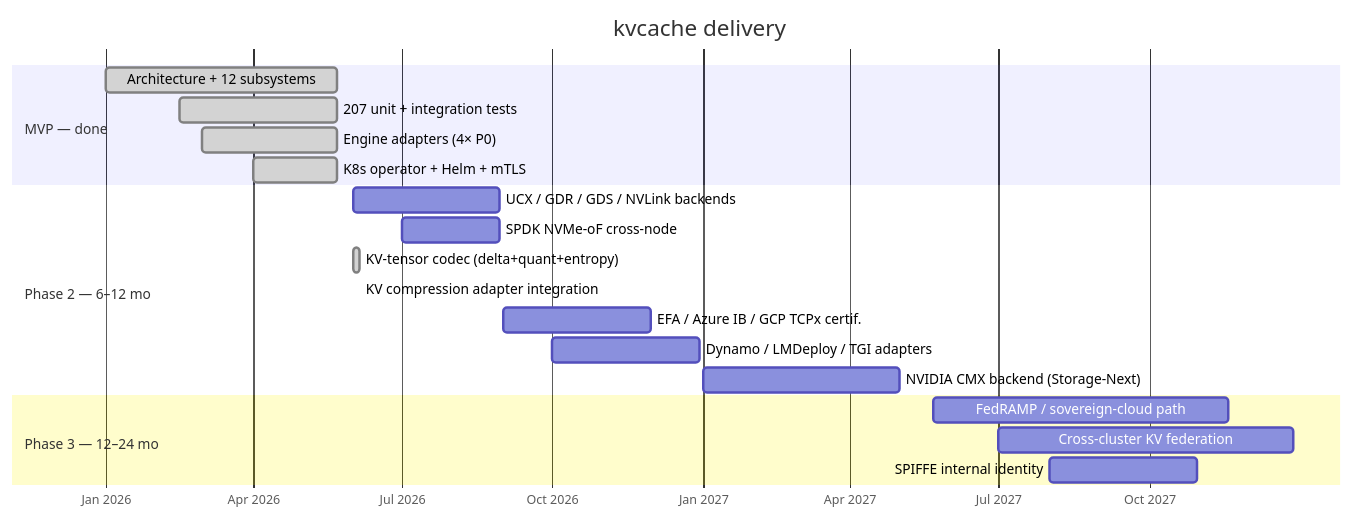
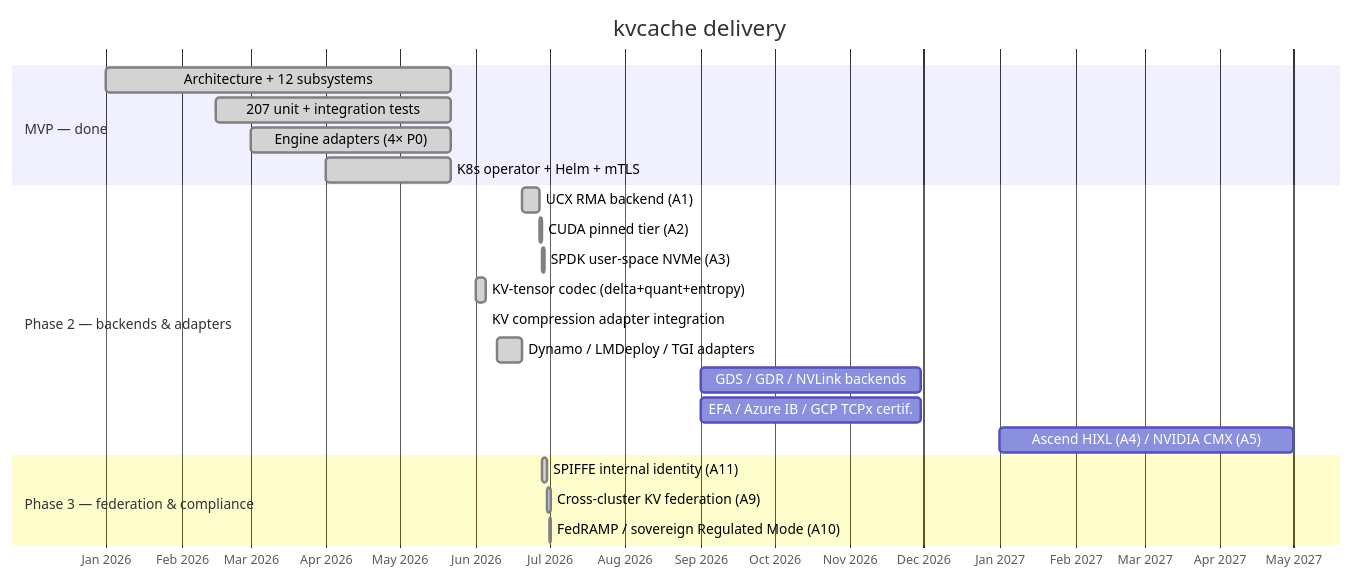
Before and after one commit to Stephen-Pu/agent-state-storage: the second of 2 diagrams in README.md, drawn with Mermaid. The commit also changed other lines of this file and 1 other file, not shown here.

Commit message:
docs(A9/A10): sync roadmap + BUILD flags with shipped state
- README Roadmap: mark A1/A2/A3 backends, Dynamo/LMDeploy/TGI adapters,
  A9 cross-cluster federation, A10 Regulated Mode, A11 SPIFFE identity as
  done; keep GDS/GDR/NVLink, cloud-fabric certs, Ascend/CMX (A4/A5) as
  future; add a status note on deferred production hardening.
- BUILD.md: add -DKVCACHE_HAVE_GRPC, document the A10 --regulated-mode /
  --boundary-allow runtime flags, drop stale (TODO) on SPDK/CUDA, fix the
  gtest-binary counts (~80).

````diff
--- a/README.md
+++ b/README.md
@@ -415,23 +415,25 @@
 ```mermaid
 gantt
     title kvcache delivery
     dateFormat YYYY-MM-DD
     axisFormat %b %Y
     section MVP — done
     Architecture + 12 subsystems          :done, 2026-01-01, 2026-05-22
     207 unit + integration tests          :done, 2026-02-15, 2026-05-22
     Engine adapters (4× P0)               :done, 2026-03-01, 2026-05-22
     K8s operator + Helm + mTLS            :done, 2026-04-01, 2026-05-22
-    section Phase 2 — 6–12 mo
-    UCX / GDR / GDS / NVLink backends     :2026-06-01, 90d
-    SPDK NVMe-oF cross-node               :2026-07-01, 60d
+    section Phase 2 — backends & adapters
+    UCX RMA backend (A1)                  :done, 2026-06-20, 2026-06-27
+    CUDA pinned tier (A2)                 :done, 2026-06-27, 2026-06-28
+    SPDK user-space NVMe (A3)             :done, 2026-06-28, 2026-06-29
     KV-tensor codec (delta+quant+entropy) :done, 2026-06-01, 2026-06-05
     KV compression adapter integration    :done, 2026-06-05, 2026-06-05
+    Dynamo / LMDeploy / TGI adapters      :done, 2026-06-10, 2026-06-20
+    GDS / GDR / NVLink backends           :2026-09-01, 90d
     EFA / Azure IB / GCP TCPx certif.     :2026-09-01, 90d
-    Dynamo / LMDeploy / TGI adapters      :2026-10-01, 90d
-    NVIDIA CMX backend (Storage-Next)     :2027-01-01, 120d
-    section Phase 3 — 12–24 mo
-    FedRAMP / sovereign-cloud path        :2027-05-22, 180d
-    Cross-cluster KV federation           :2027-07-01, 180d
-    SPIFFE internal identity              :2027-08-01, 90d
+    Ascend HIXL (A4) / NVIDIA CMX (A5)    :2027-01-01, 120d
+    section Phase 3 — federation & compliance
+    SPIFFE internal identity (A11)        :done, 2026-06-28, 2026-06-30
+    Cross-cluster KV federation (A9)      :done, 2026-06-30, 2026-07-02
+    FedRAMP / sovereign Regulated Mode (A10) :done, 2026-07-01, 2026-07-02
 ```
````
